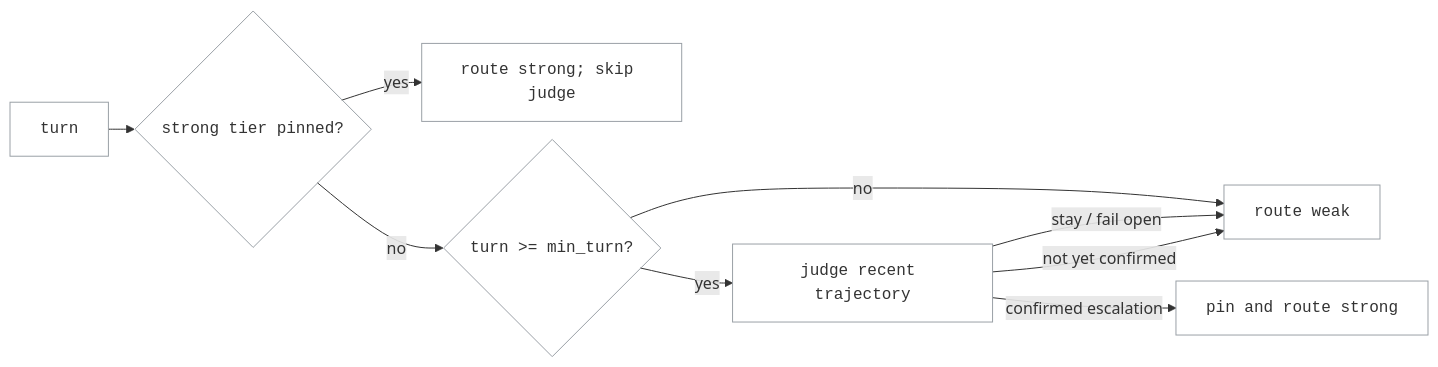
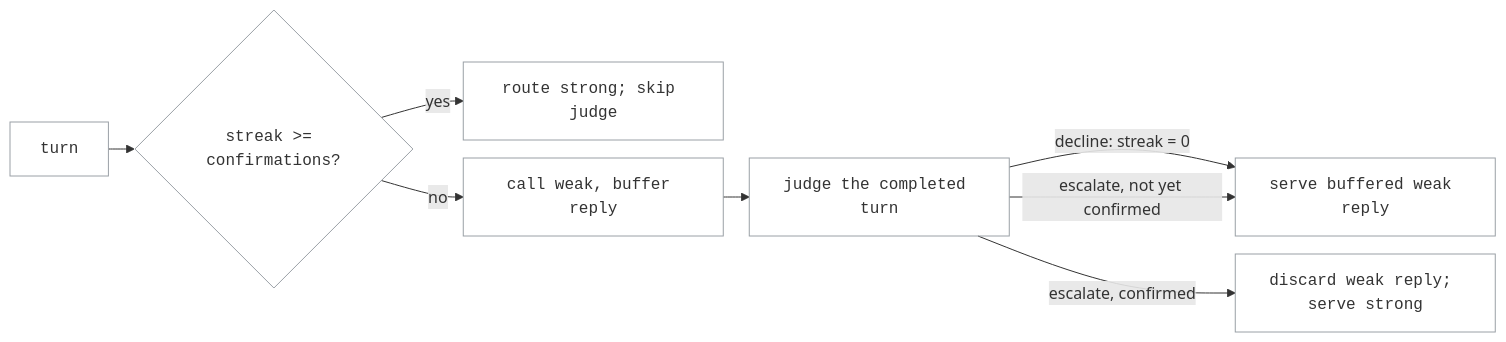
Before and after one commit to Cenrax/Switchyard: the diagram in docs/routing_algorithms/escalation_router_routing.md, drawn with Mermaid. The commit also changed other lines of this file and 18 other files, not shown here.

````diff
--- a/docs/routing_algorithms/escalation_router_routing.md
+++ b/docs/routing_algorithms/escalation_router_routing.md
@@ -40,15 +70,14 @@
 ```mermaid
 %%{init: {"flowchart": {"nodeSpacing": 18, "rankSpacing": 26}}}%%
 flowchart LR
-    t["turn"] --> p{"strong tier pinned?"}
+    t["turn"] --> p{"streak >= confirmations?"}
     p -->|yes| s["route strong; skip judge"]
-    p -->|no| m{"turn >= min_turn?"}
-    m -->|no| w["route weak"]
-    m -->|yes| j["judge recent trajectory"]
-    j -->|stay / fail open| w
-    j -->|not yet confirmed| w
-    j -->|confirmed escalation| l["pin and route strong"]
+    p -->|no| c["call weak, buffer reply"]
+    c --> j["judge the completed turn"]
+    j -->|decline: streak = 0| w["serve buffered weak reply"]
+    j -->|escalate, not yet confirmed| w
+    j -->|escalate, confirmed| l["discard weak reply; serve strong"]
 
     classDef box font-family:monospace,fill:none,stroke:#9aa0a6,stroke-width:1px;
-    class t,p,s,m,w,j,l box;
+    class t,p,s,c,j,w,l box;
 ```
````
